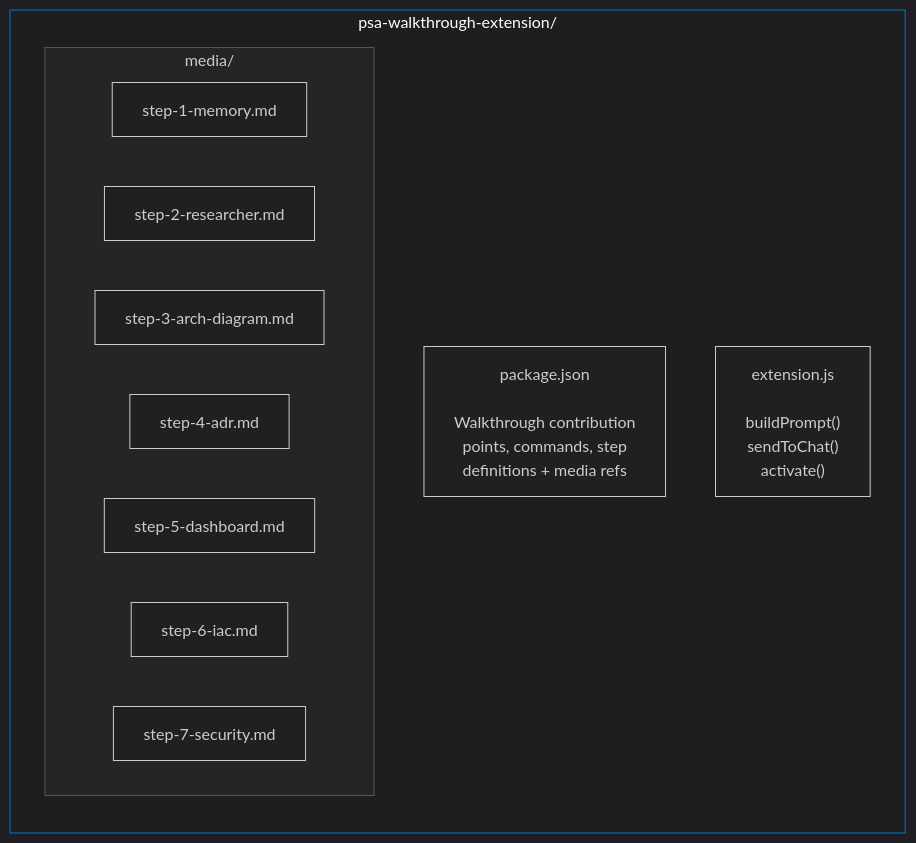
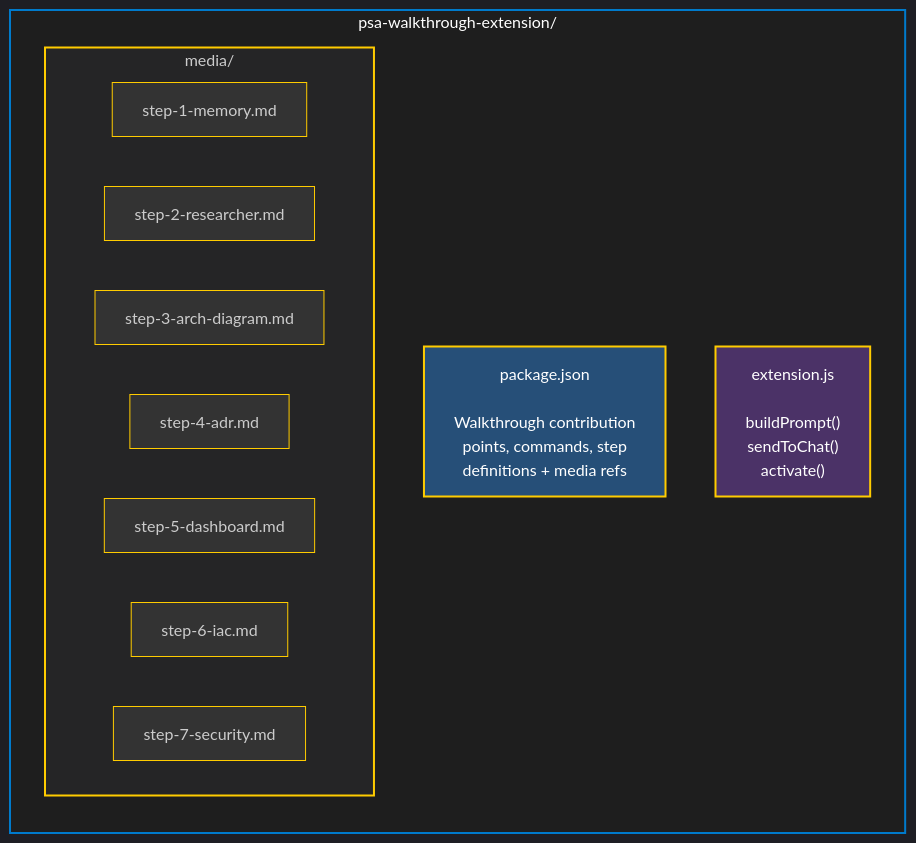
Before and after one commit to Arturo-Quiroga-MSFT/hypervelocity-engineering: the fourth of 6 diagrams in psa-walkthrough-extension/README.md, drawn with Mermaid.

Commit message:
style(extension): add yellow borders to Architecture diagram nodes
- add explicit stroke:#ffcc00 to all nodes in file structure diagram
- brighten subgraph and media borders for dark background visibility
- color-code package.json and extension.js nodes

🎨 - Generated by Copilot

````diff
--- a/psa-walkthrough-extension/README.md
+++ b/psa-walkthrough-extension/README.md
@@ -216,20 +216,29 @@
 ```mermaid
-%%{init: {'theme': 'dark', 'themeVariables': {'lineColor': '#ffffff'}}}%%
+%%{init: {'theme': 'dark', 'themeVariables': {'lineColor': '#ffffff', 'nodeBorder': '#ffcc00', 'clusterBorder': '#007acc'}}}%%
 flowchart LR
     subgraph ext["psa-walkthrough-extension/"]
         PJ["package.json\n\nWalkthrough contribution\npoints, commands, step\ndefinitions + media refs"]
         EJ["extension.js\n\nbuildPrompt()\nsendToChat()\nactivate()"]
         subgraph media["media/"]
             M1["step-1-memory.md"]
             M2["step-2-researcher.md"]
             M3["step-3-arch-diagram.md"]
             M4["step-4-adr.md"]
             M5["step-5-dashboard.md"]
             M6["step-6-iac.md"]
             M7["step-7-security.md"]
         end
     end
 
-    style ext fill:#1e1e1e,stroke:#007acc,color:#fff
-    style media fill:#252526,stroke:#555,color:#ccc
+    style ext fill:#1e1e1e,stroke:#007acc,stroke-width:2px,color:#fff
+    style media fill:#252526,stroke:#ffcc00,stroke-width:2px,color:#ccc
+    style PJ fill:#264f78,stroke:#ffcc00,stroke-width:2px,color:#fff
+    style EJ fill:#4b3267,stroke:#ffcc00,stroke-width:2px,color:#fff
+    style M1 fill:#333,stroke:#ffcc00,stroke-width:1px,color:#ccc
+    style M2 fill:#333,stroke:#ffcc00,stroke-width:1px,color:#ccc
+    style M3 fill:#333,stroke:#ffcc00,stroke-width:1px,color:#ccc
+    style M4 fill:#333,stroke:#ffcc00,stroke-width:1px,color:#ccc
+    style M5 fill:#333,stroke:#ffcc00,stroke-width:1px,color:#ccc
+    style M6 fill:#333,stroke:#ffcc00,stroke-width:1px,color:#ccc
+    style M7 fill:#333,stroke:#ffcc00,stroke-width:1px,color:#ccc
 ```
````
